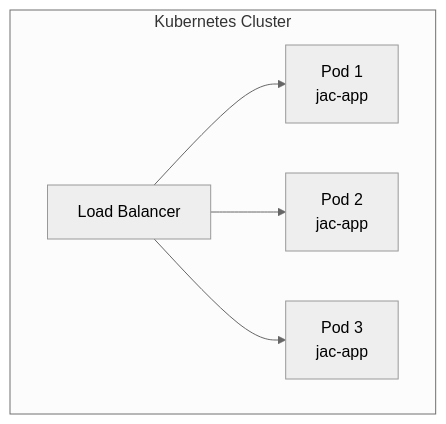
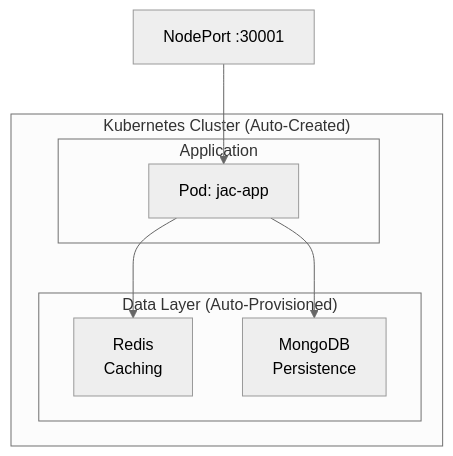
The diagram in docs/docs/tutorials/production/kubernetes.md (marsninja/jaseci), drawn with Mermaid (neutral theme) before and after one commit. The commit also changed other lines of this file, not shown here.

Commit message:
docs: Rewrite Kubernetes tutorial to reflect jac start --scale automation

````diff
--- a/docs/docs/tutorials/production/kubernetes.md
+++ b/docs/docs/tutorials/production/kubernetes.md
@@ -17,9 +24,15 @@
 ```mermaid
 graph TD
-    subgraph cluster["Kubernetes Cluster"]
-        LB["Load Balancer"]
-        LB --> P1["Pod 1<br/>jac-app"]
-        LB --> P2["Pod 2<br/>jac-app"]
-        LB --> P3["Pod 3<br/>jac-app"]
+    subgraph cluster["Kubernetes Cluster (Auto-Created)"]
+        subgraph app["Application"]
+            P1["Pod: jac-app"]
+        end
+        subgraph data["Data Layer (Auto-Provisioned)"]
+            R["Redis<br/>Caching"]
+            M["MongoDB<br/>Persistence"]
+        end
+        P1 --> R
+        P1 --> M
     end
+    LB["NodePort :30001"] --> P1
 ```
````
